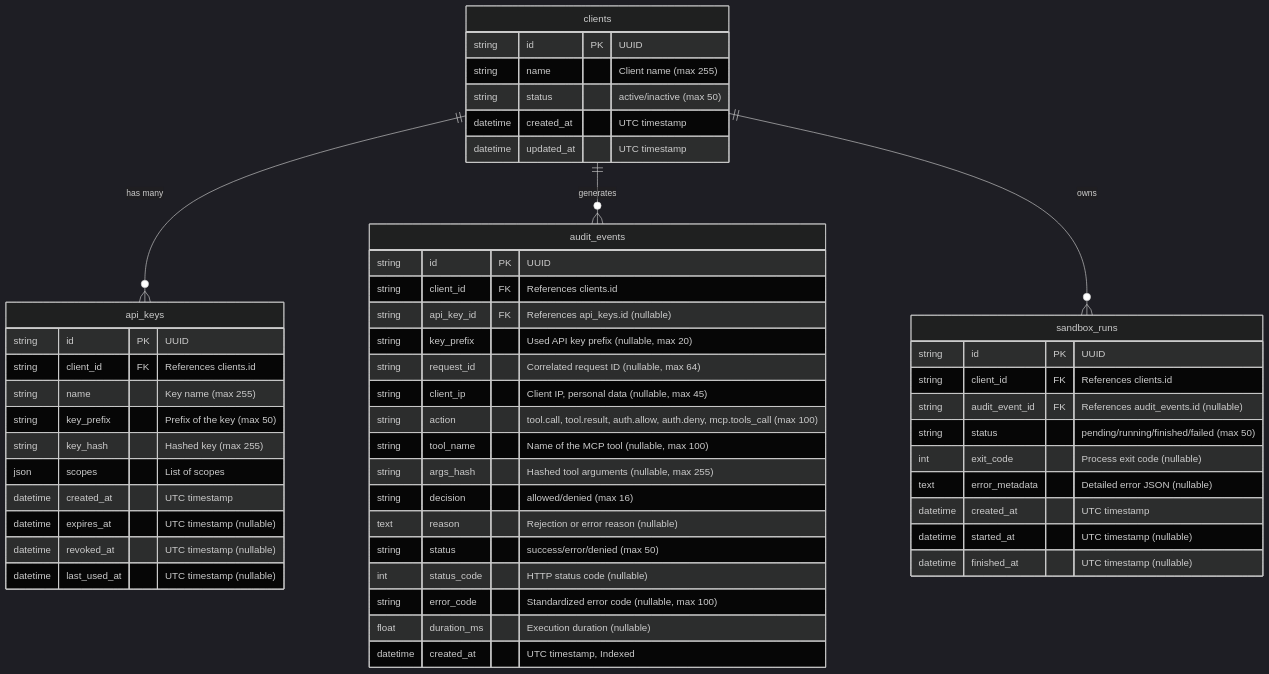
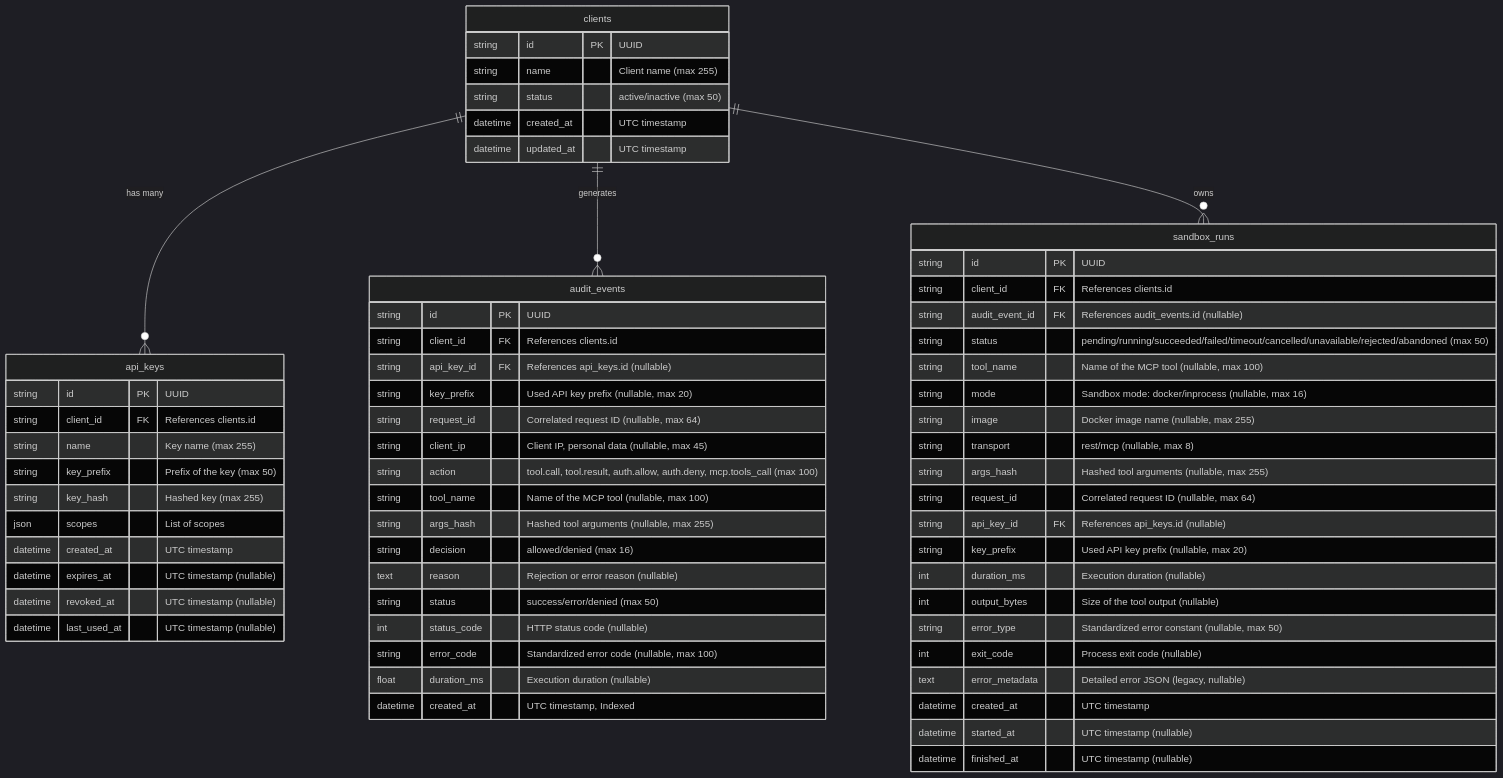
The diagram in docs/DATA_MODEL.md (aneek22112007-tech/mcp-a2a-secure), drawn with Mermaid (dark theme) before and after one commit. The commit also changed other lines of this file and 4 other files, not shown here.

````diff
--- a/docs/DATA_MODEL.md
+++ b/docs/DATA_MODEL.md
@@ -7,58 +7,69 @@
 ```mermaid
 erDiagram
     clients ||--o{ api_keys : "has many"
     clients ||--o{ audit_events : "generates"
     clients ||--o{ sandbox_runs : "owns"
     
     clients {
         string id PK "UUID"
         string name "Client name (max 255)"
         string status "active/inactive (max 50)"
         datetime created_at "UTC timestamp"
         datetime updated_at "UTC timestamp"
     }
 
     api_keys {
         string id PK "UUID"
         string client_id FK "References clients.id"
         string name "Key name (max 255)"
         string key_prefix "Prefix of the key (max 50)"
         string key_hash "Hashed key (max 255)"
         json scopes "List of scopes"
         datetime created_at "UTC timestamp"
         datetime expires_at "UTC timestamp (nullable)"
         datetime revoked_at "UTC timestamp (nullable)"
         datetime last_used_at "UTC timestamp (nullable)"
     }
 
     audit_events {
         string id PK "UUID"
         string client_id FK "References clients.id"
         string api_key_id FK "References api_keys.id (nullable)"
         string key_prefix "Used API key prefix (nullable, max 20)"
         string request_id "Correlated request ID (nullable, max 64)"
         string client_ip "Client IP, personal data (nullable, max 45)"
         string action "tool.call, tool.result, auth.allow, auth.deny, mcp.tools_call (max 100)"
         string tool_name "Name of the MCP tool (nullable, max 100)"
         string args_hash "Hashed tool arguments (nullable, max 255)"
         string decision "allowed/denied (max 16)"
         text reason "Rejection or error reason (nullable)"
         string status "success/error/denied (max 50)"
         int status_code "HTTP status code (nullable)"
         string error_code "Standardized error code (nullable, max 100)"
         float duration_ms "Execution duration (nullable)"
         datetime created_at "UTC timestamp, Indexed"
     }
 
     sandbox_runs {
         string id PK "UUID"
         string client_id FK "References clients.id"
         string audit_event_id FK "References audit_events.id (nullable)"
-        string status "pending/running/finished/failed (max 50)"
+        string status "pending/running/succeeded/failed/timeout/cancelled/unavailable/rejected/abandoned (max 50)"
+        string tool_name "Name of the MCP tool (nullable, max 100)"
+        string mode "Sandbox mode: docker/inprocess (nullable, max 16)"
+        string image "Docker image name (nullable, max 255)"
+        string transport "rest/mcp (nullable, max 8)"
+        string args_hash "Hashed tool arguments (nullable, max 255)"
+        string request_id "Correlated request ID (nullable, max 64)"
+        string api_key_id FK "References api_keys.id (nullable)"
+        string key_prefix "Used API key prefix (nullable, max 20)"
+        int duration_ms "Execution duration (nullable)"
+        int output_bytes "Size of the tool output (nullable)"
+        string error_type "Standardized error constant (nullable, max 50)"
         int exit_code "Process exit code (nullable)"
-        text error_metadata "Detailed error JSON (nullable)"
+        text error_metadata "Detailed error JSON (legacy, nullable)"
         datetime created_at "UTC timestamp"
         datetime started_at "UTC timestamp (nullable)"
         datetime finished_at "UTC timestamp (nullable)"
     }
 ```
````
